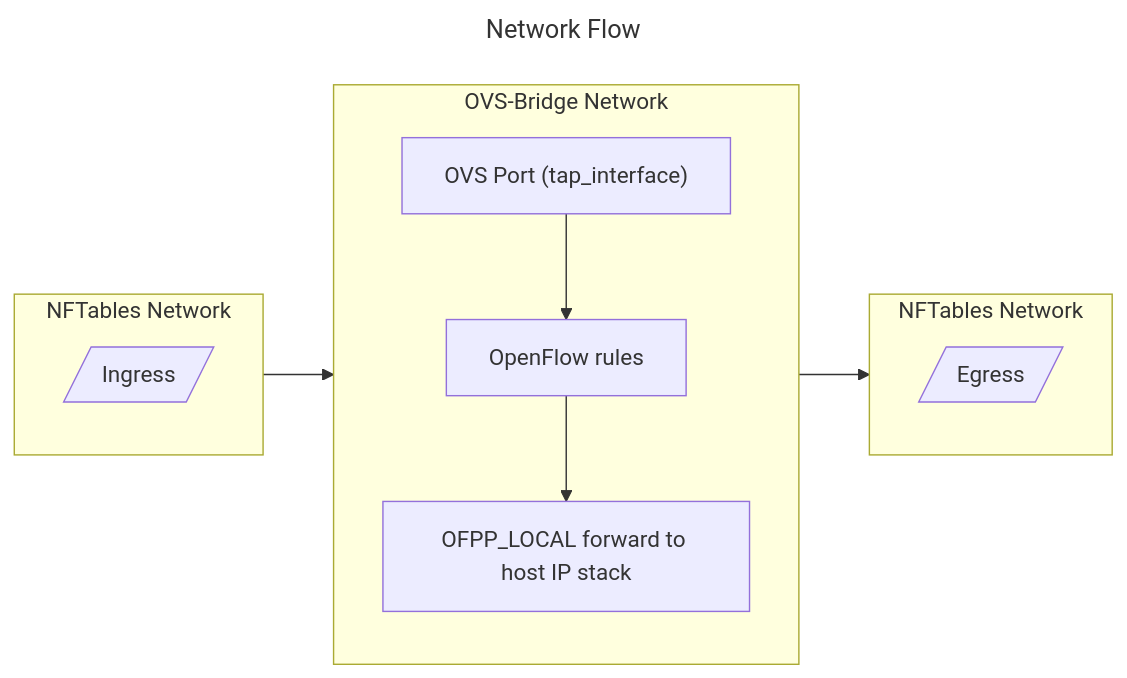
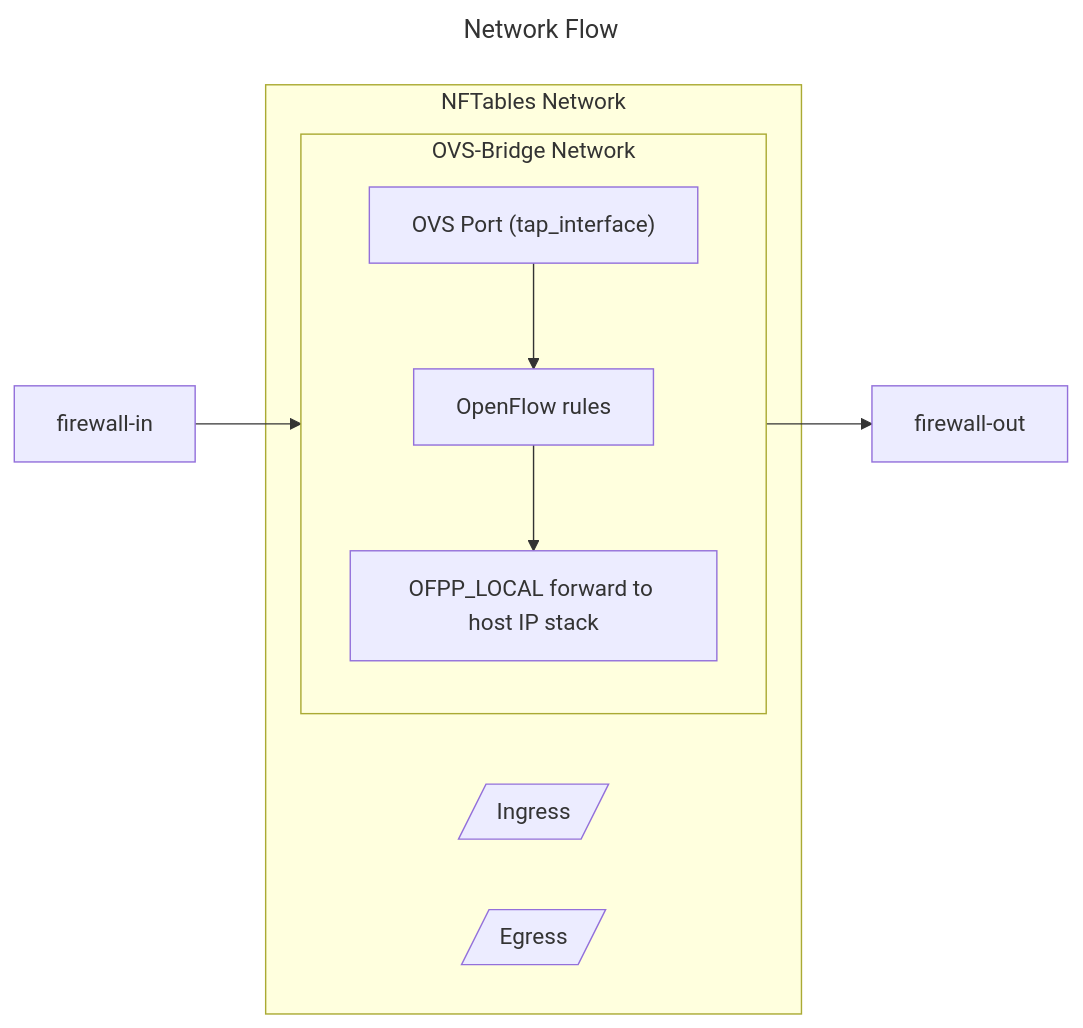
Before and after one commit to Zai4ikManiak/Cyber-Security-Study: the diagram in Antispam System/README.md, drawn with Mermaid.

Commit message:
modified:   README.md

````diff
--- a/Antispam System/README.md
+++ b/Antispam System/README.md
@@ -3,24 +3,22 @@
 ```mermaid
 ---
 title: Network Flow
 ---
 flowchart LR
     
-    subgraph firewall-in["NFTables Network"]
+    subgraph firewall["NFTables Network"]
         ingress["Ingress"]@{ shape: lean-r }
-    end
 
-    subgraph libvirt["OVS-Bridge Network"]
-        ovs-port["OVS Port (tap_interface)"]
-        ovs-eval["OpenFlow rules"]
-        ovs-forward["OFPP_LOCAL forward to host IP stack"]
+        subgraph libvirt["OVS-Bridge Network"]
+            ovs-port["OVS Port (tap_interface)"]
+            ovs-eval["OpenFlow rules"]
+            ovs-forward["OFPP_LOCAL forward to host IP stack"]
     
-        ovs-port --> ovs-eval --> ovs-forward
-    end
+            ovs-port --> ovs-eval --> ovs-forward
+        end
 
-    subgraph firewall-out["NFTables Network"]
         egress["Egress"]@{ shape: lean-r}
     end
 
     firewall-in --> libvirt --> firewall-out
 ```
````
